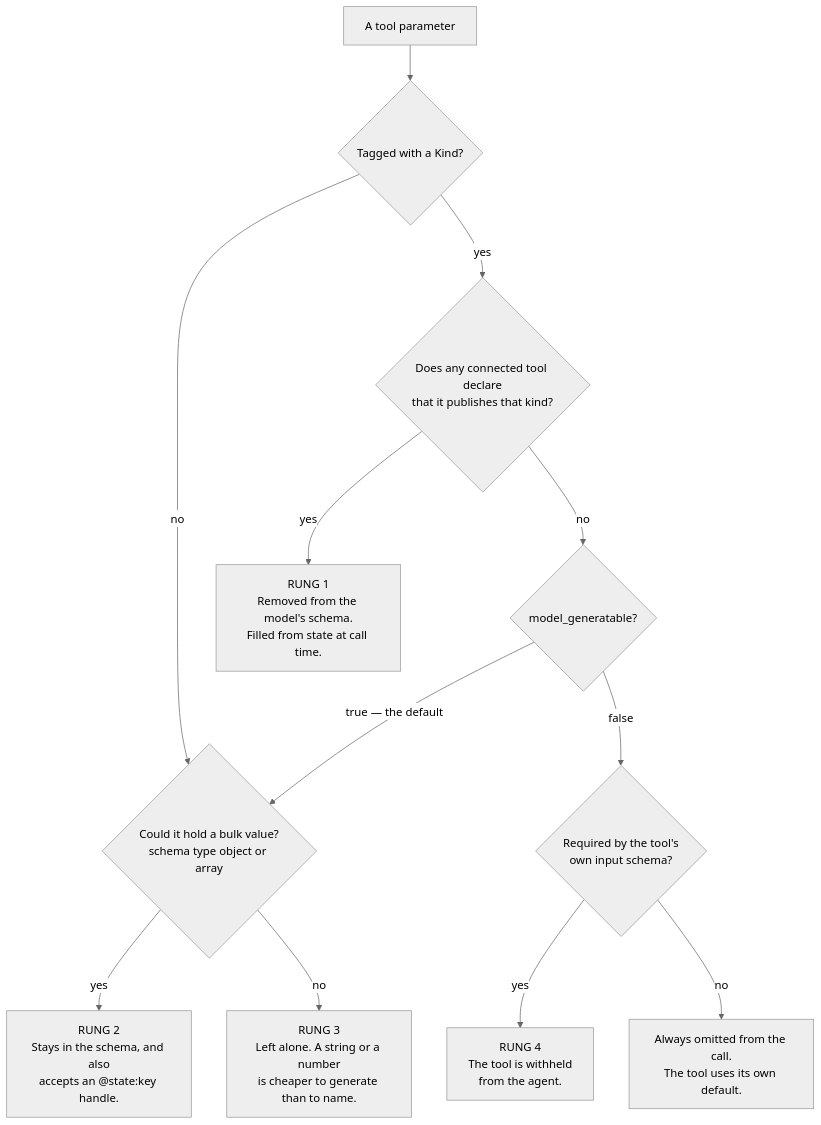
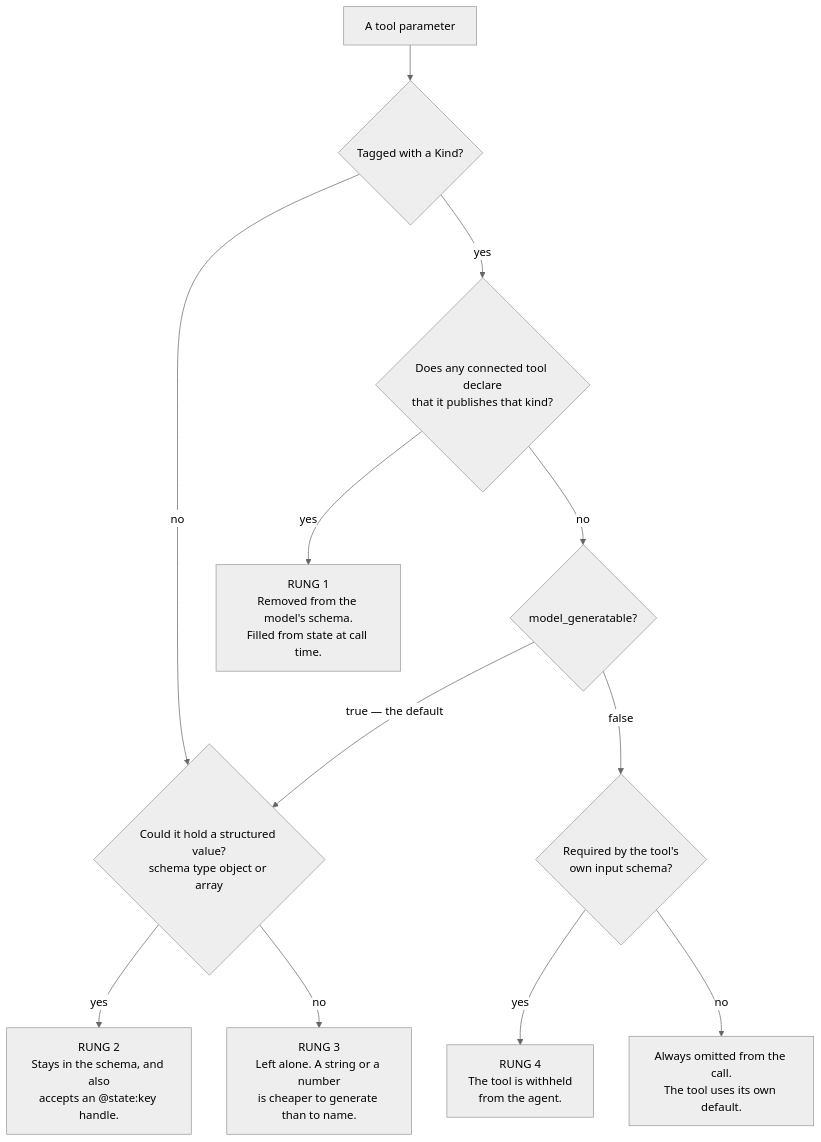
Before and after one commit to developmentseed/mcp-toolsets-runtime: the first of 6 diagrams in docs/SESSION-STATE.md, drawn with Mermaid (neutral theme). The commit also changed other lines of this file and 9 other files, not shown here.

````diff
--- a/docs/SESSION-STATE.md
+++ b/docs/SESSION-STATE.md
@@ -39,19 +39,19 @@
 ```mermaid
 flowchart TD
     P["A tool parameter"] --> D{"Tagged with a Kind?"}
 
-    D -->|no| B{"Could it hold a bulk value?<br/>schema type object or array"}
+    D -->|no| B{"Could it hold a structured value?<br/>schema type object or array"}
     D -->|yes| K{"Does any connected tool declare<br/>that it publishes that kind?"}
 
     K -->|yes| HIDE["RUNG 1<br/>Removed from the model's schema.<br/>Filled from state at call time."]
     K -->|no| G{"model_generatable?"}
 
     G -->|"true — the default"| B
     G -->|false| R{"Required by the tool's<br/>own input schema?"}
 
     R -->|yes| W["RUNG 4<br/>The tool is withheld<br/>from the agent."]
     R -->|no| OMIT["Always omitted from the call.<br/>The tool uses its own default."]
 
     B -->|yes| HANDLE["RUNG 2<br/>Stays in the schema, and also<br/>accepts an @state:key handle."]
     B -->|no| LEAVE["RUNG 3<br/>Left alone. A string or a number<br/>is cheaper to generate than to name."]
 ```
````
